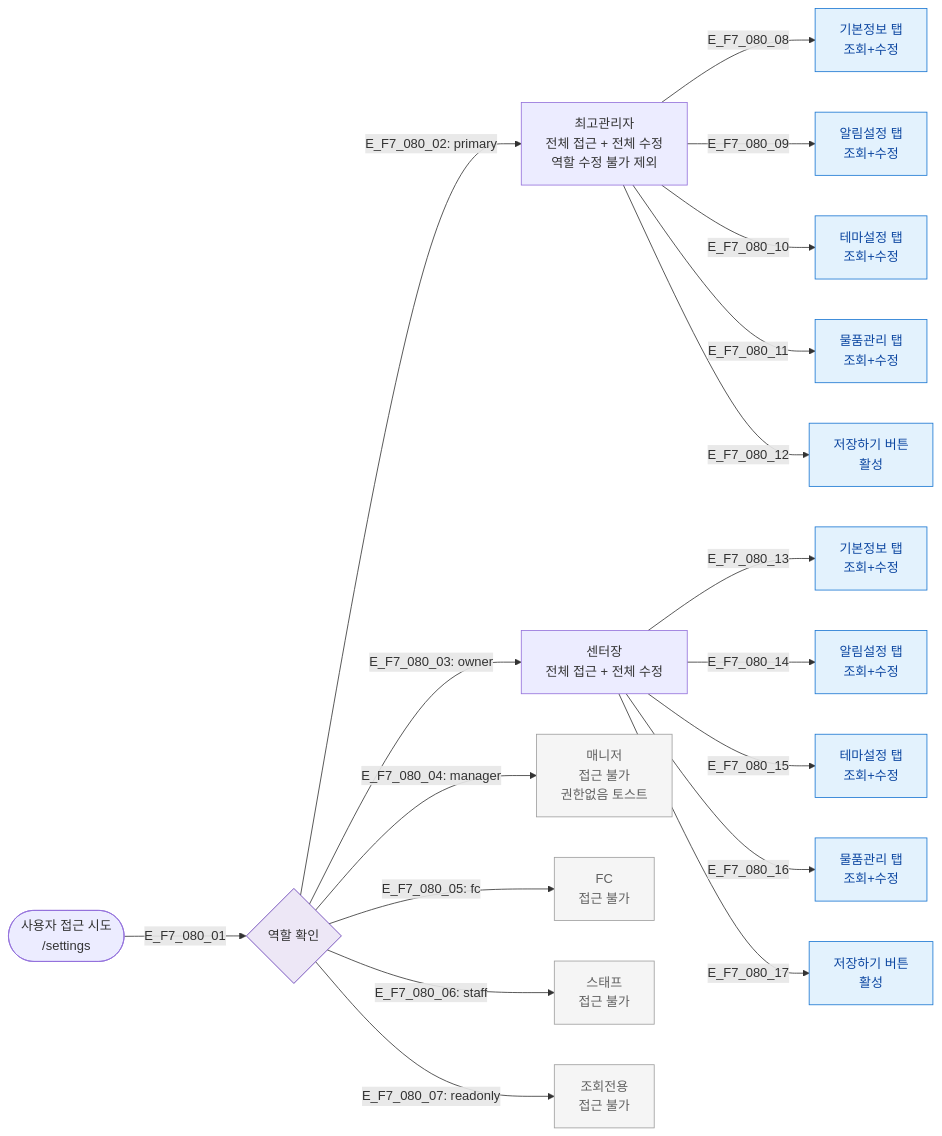
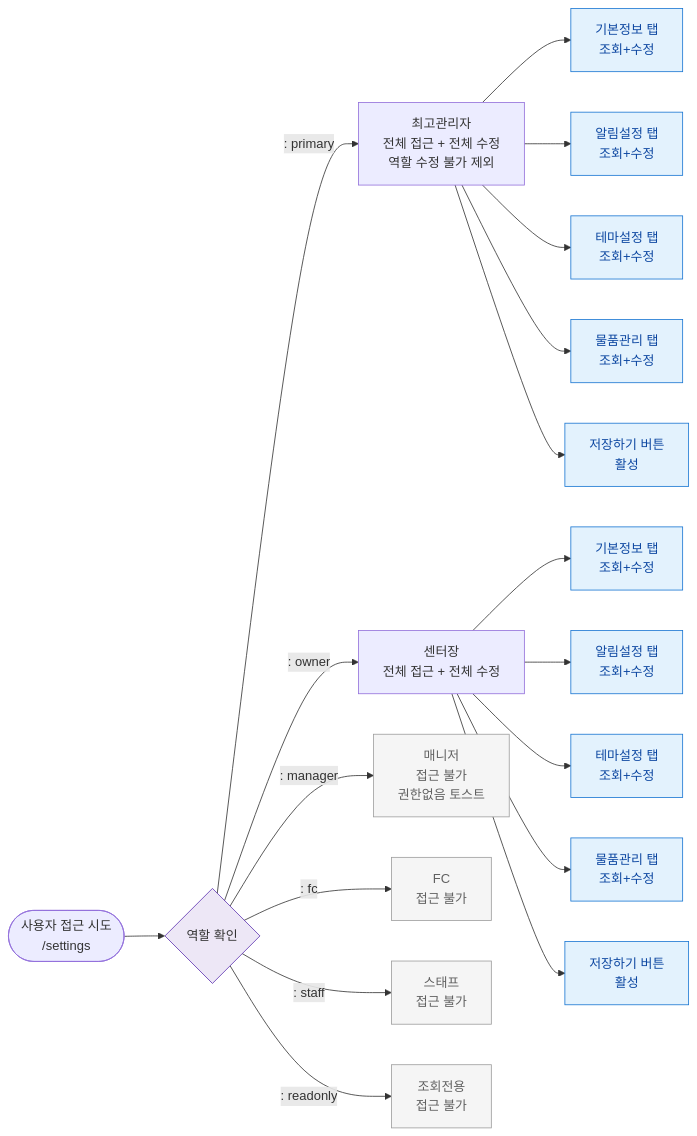
One commit to dev-spogym/admin-pando changed the diagram in docs/다이어그램/D09_설정관리/SCR-080_센터설정/F7_권한RBAC.md. Above: the diagram before and after it, drawn with Mermaid. The commit also changed other lines of this file and 1660 other files, not shown here.

First line of the commit message:
다이어그램: 기획자/클라이언트 납품본으로 정리

````diff
--- a/docs/다이어그램/D09_설정관리/SCR-080_센터설정/F7_권한RBAC.md
+++ b/docs/다이어그램/D09_설정관리/SCR-080_센터설정/F7_권한RBAC.md
@@ -17,32 +15,32 @@
 ```mermaid
 flowchart LR
     User([사용자 접근 시도\n/settings])
 
-    User -->|E_F7_080_01| RoleCheck{역할 확인}
+    User --> RoleCheck{역할 확인}
 
-    RoleCheck -->|"E_F7_080_02: primary"| Primary[최고관리자\n전체 접근 + 전체 수정\n역할 수정 불가 제외]
-    RoleCheck -->|"E_F7_080_03: owner"| Owner[센터장\n전체 접근 + 전체 수정]
-    RoleCheck -->|"E_F7_080_04: manager"| Manager_Blocked[매니저\n접근 불가\n권한없음 토스트]
-    RoleCheck -->|"E_F7_080_05: fc"| FC_Blocked[FC\n접근 불가]
-    RoleCheck -->|"E_F7_080_06: staff"| Staff_Blocked[스태프\n접근 불가]
-    RoleCheck -->|"E_F7_080_07: readonly"| RO_Blocked[조회전용\n접근 불가]
+    RoleCheck -->|": primary"|Primary[최고관리자\n전체 접근 + 전체 수정\n역할 수정 불가 제외]
+    RoleCheck -->|": owner"|Owner[센터장\n전체 접근 + 전체 수정]
+    RoleCheck -->|": manager"|Manager_Blocked[매니저\n접근 불가\n권한없음 토스트]
+    RoleCheck -->|": fc"|FC_Blocked[FC\n접근 불가]
+    RoleCheck -->|": staff"|Staff_Blocked[스태프\n접근 불가]
+    RoleCheck -->|": readonly"|RO_Blocked[조회전용\n접근 불가]
 
-    Primary -->|E_F7_080_08| P_Basic[기본정보 탭\n조회+수정]
-    Primary -->|E_F7_080_09| P_Notif[알림설정 탭\n조회+수정]
-    Primary -->|E_F7_080_10| P_Theme[테마설정 탭\n조회+수정]
-    Primary -->|E_F7_080_11| P_Supply[물품관리 탭\n조회+수정]
-    Primary -->|E_F7_080_12| P_Save[저장하기 버튼\n활성]
+    Primary --> P_Basic[기본정보 탭\n조회+수정]
+    Primary --> P_Notif[알림설정 탭\n조회+수정]
+    Primary --> P_Theme[테마설정 탭\n조회+수정]
+    Primary --> P_Supply[물품관리 탭\n조회+수정]
+    Primary --> P_Save[저장하기 버튼\n활성]
 
-    Owner -->|E_F7_080_13| O_Basic[기본정보 탭\n조회+수정]
-    Owner -->|E_F7_080_14| O_Notif[알림설정 탭\n조회+수정]
-    Owner -->|E_F7_080_15| O_Theme[테마설정 탭\n조회+수정]
-    Owner -->|E_F7_080_16| O_Supply[물품관리 탭\n조회+수정]
-    Owner -->|E_F7_080_17| O_Save[저장하기 버튼\n활성]
+    Owner --> O_Basic[기본정보 탭\n조회+수정]
+    Owner --> O_Notif[알림설정 탭\n조회+수정]
+    Owner --> O_Theme[테마설정 탭\n조회+수정]
+    Owner --> O_Supply[물품관리 탭\n조회+수정]
+    Owner --> O_Save[저장하기 버튼\n활성]
 
     classDef screen fill:#E3F2FD,stroke:#1976D2,color:#0D47A1
     classDef rbacBlocked fill:#F5F5F5,stroke:#9E9E9E,color:#616161
     classDef system fill:#EDE7F6,stroke:#5E35B2
     class P_Basic,P_Notif,P_Theme,P_Supply,P_Save,O_Basic,O_Notif,O_Theme,O_Supply,O_Save screen
     class Manager_Blocked,FC_Blocked,Staff_Blocked,RO_Blocked rbacBlocked
     class RoleCheck system
 ```
````
